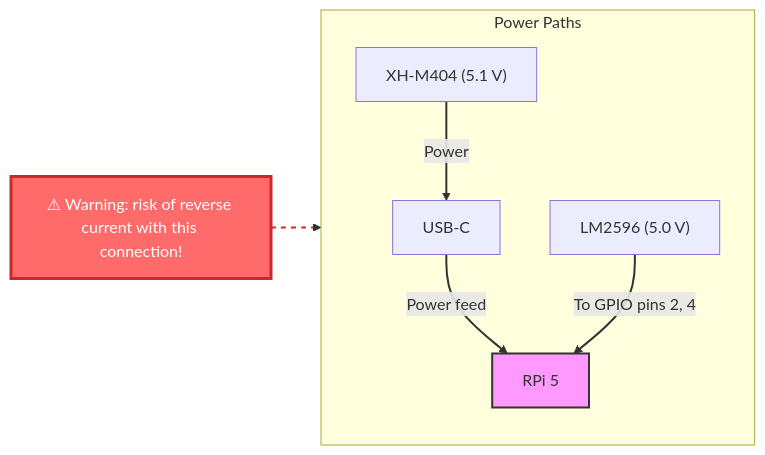
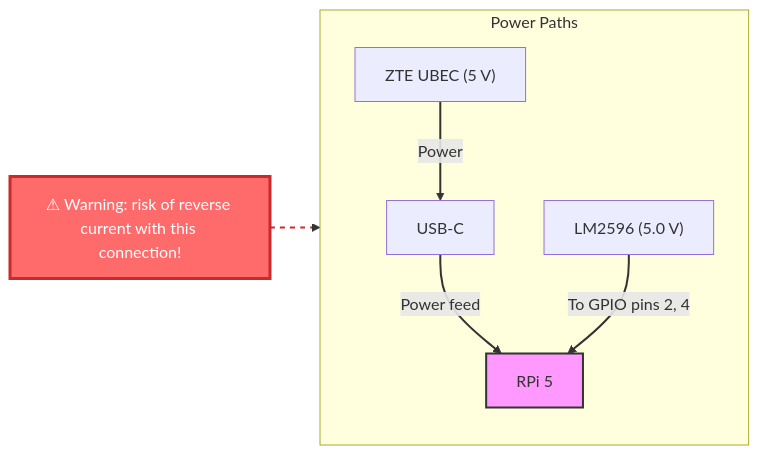
Before and after one commit to al-sapsan/AlphaBot: the second of 2 diagrams in docs/project-history.md, drawn with Mermaid. The commit also changed other lines of this file, not shown here.

````diff
--- a/docs/project-history.md
+++ b/docs/project-history.md
@@ -150,20 +150,20 @@
 ```mermaid
 flowchart LR
-    XH["XH‑M404 (5.1 V)"] -->|Power| UC["USB‑C"]
+    XH["ZTE UBEC (5 V)"] -->|Power| UC["USB‑C"]
     UC -->|Power feed| RPI["RPi 5"]
     LM["LM2596 (5.0 V)"] -->|To GPIO pins 2, 4| RPI
     subgraph PowerPath["Power Paths"]
         direction TB
         XH
         UC
         RPI
         LM
     end
     note1["⚠ Warning: risk of reverse current with this connection!"]
     note1 -.-> RPI
     style RPI fill:#f9f,stroke:#333,stroke-width:2px
     style note1 fill:#ff6b6b,stroke:#c92a2a,stroke-width:3px,color:#fff
     linkStyle default stroke:#333,stroke-width:2px
     linkStyle 3 stroke:#c92a2a,stroke-width:2px,stroke-dasharray: 5 5
 
 ```
````
